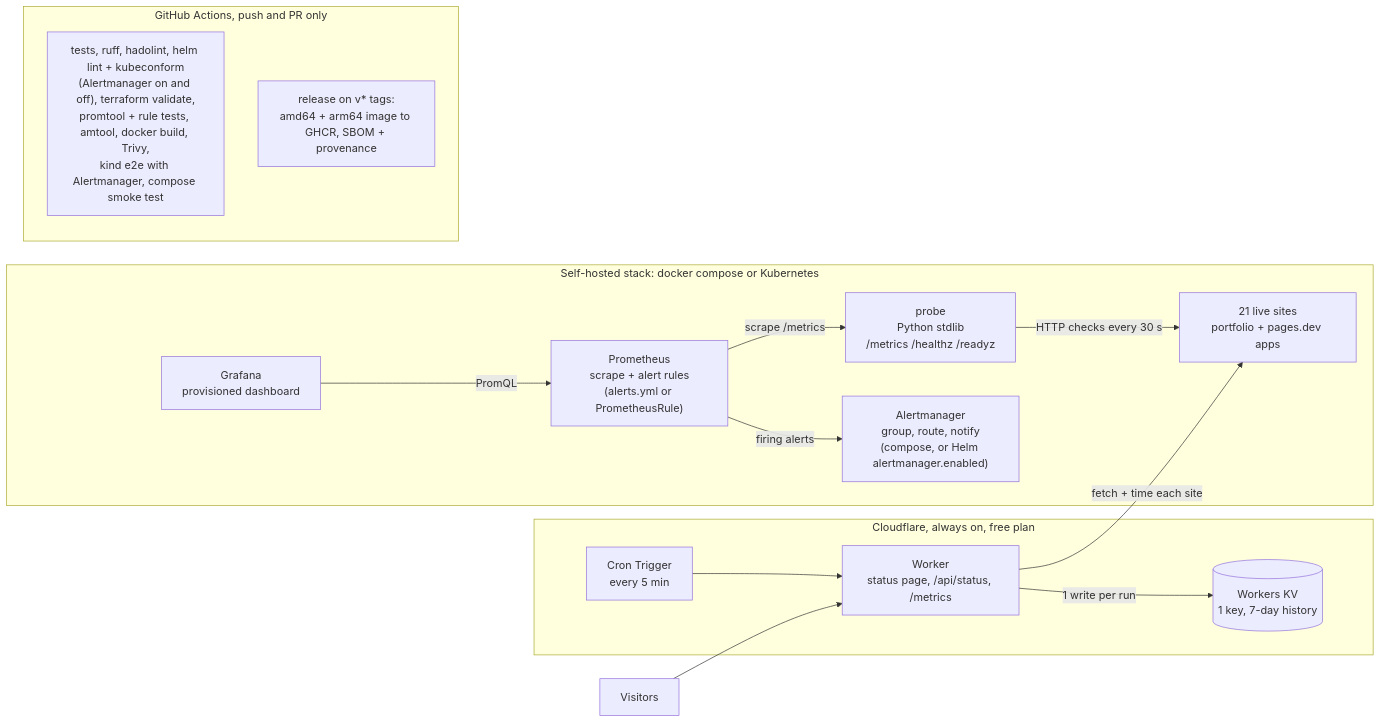
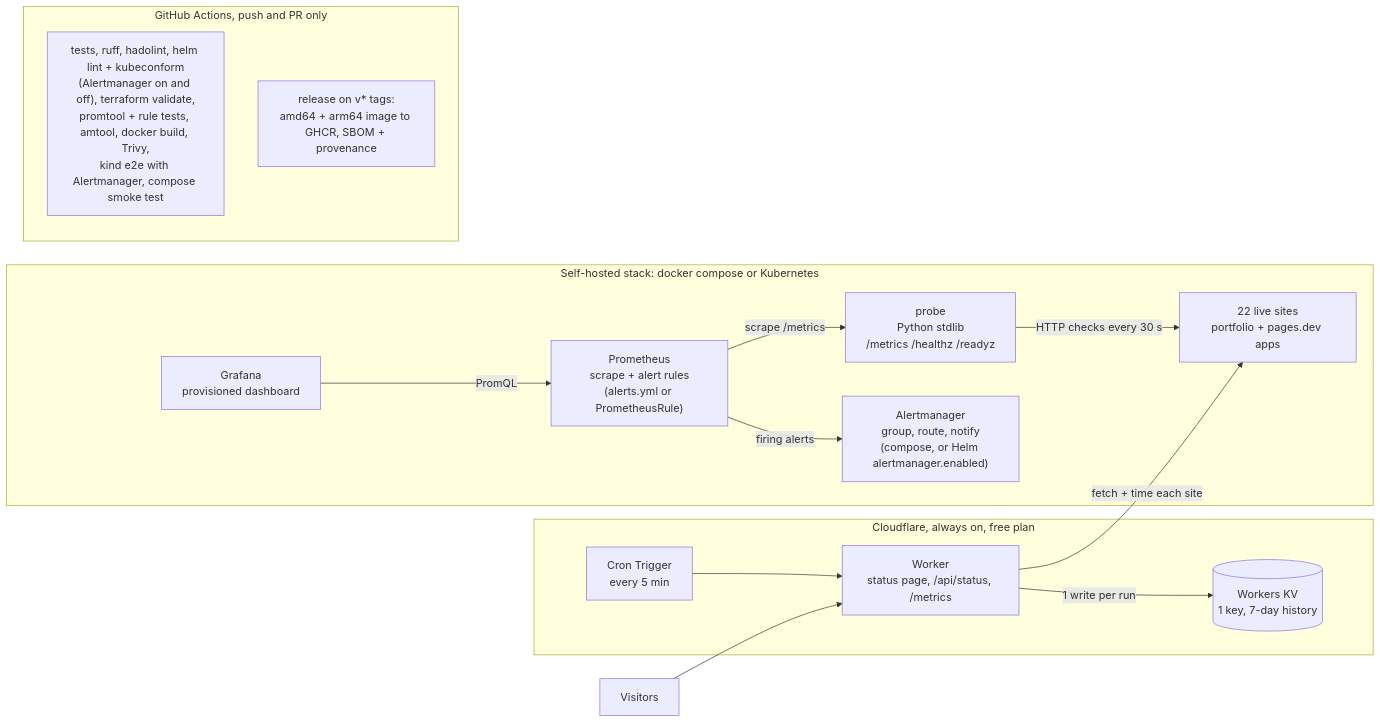
The first of 2 diagrams in README.md (naniiic137/fleetwatch), drawn with Mermaid before and after one commit. The commit also changed other lines of this file and 6 other files, not shown here.

````diff
--- a/README.md
+++ b/README.md
@@ -18,31 +18,31 @@
 ```mermaid
 flowchart LR
-    sites["21 live sites<br/>portfolio + pages.dev apps"]
+    sites["22 live sites<br/>portfolio + pages.dev apps"]
 
     subgraph local["Self-hosted stack: docker compose or Kubernetes"]
         probe["probe<br/>Python stdlib<br/>/metrics /healthz /readyz"]
         prom["Prometheus<br/>scrape + alert rules<br/>(alerts.yml or PrometheusRule)"]
         am["Alertmanager<br/>group, route, notify<br/>(compose, or Helm alertmanager.enabled)"]
         graf["Grafana<br/>provisioned dashboard"]
         probe -- "HTTP checks every 30 s" --> sites
         prom -- "scrape /metrics" --> probe
         prom -- "firing alerts" --> am
         graf -- "PromQL" --> prom
     end
 
     subgraph cf["Cloudflare, always on, free plan"]
         cron["Cron Trigger<br/>every 5 min"]
         worker["Worker<br/>status page, /api/status, /metrics"]
         kv[("Workers KV<br/>1 key, 7-day history")]
         cron --> worker
         worker -- "fetch + time each site" --> sites
         worker -- "1 write per run" --> kv
     end
 
     visitors["Visitors"] --> worker
 
     subgraph gha["GitHub Actions, push and PR only"]
         ci["tests, ruff, hadolint, helm lint + kubeconform<br/>(Alertmanager on and off), terraform validate,<br/>promtool + rule tests, amtool, docker build, Trivy,<br/>kind e2e with Alertmanager, compose smoke test"]
         rel["release on v* tags:<br/>amd64 + arm64 image to GHCR, SBOM + provenance"]
     end
 ```
````
